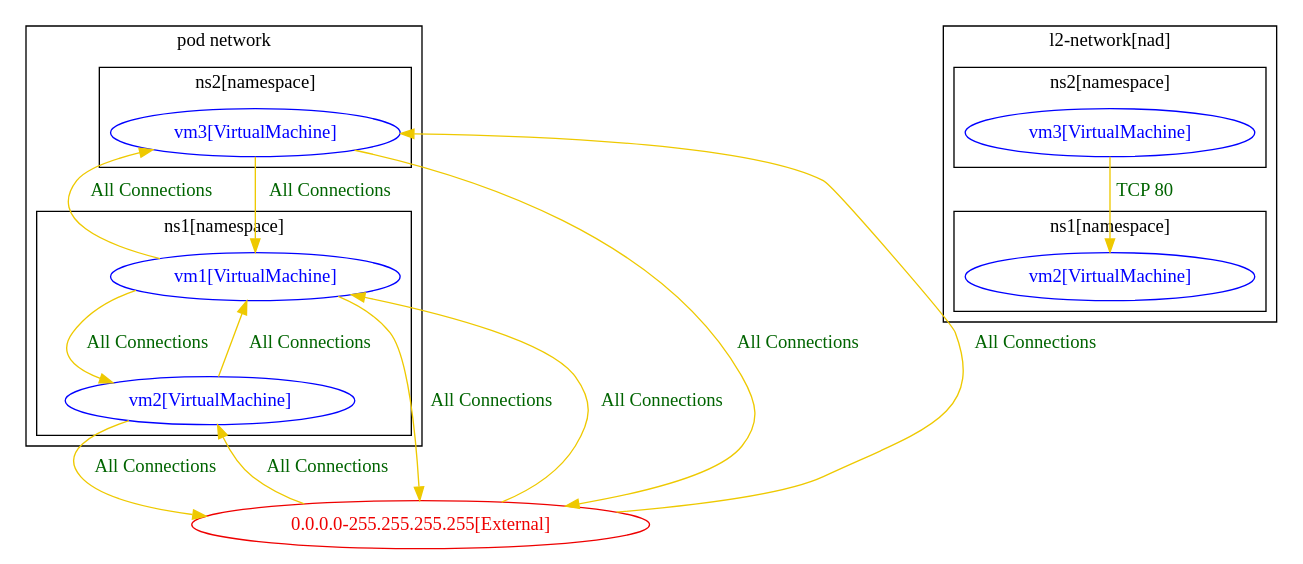
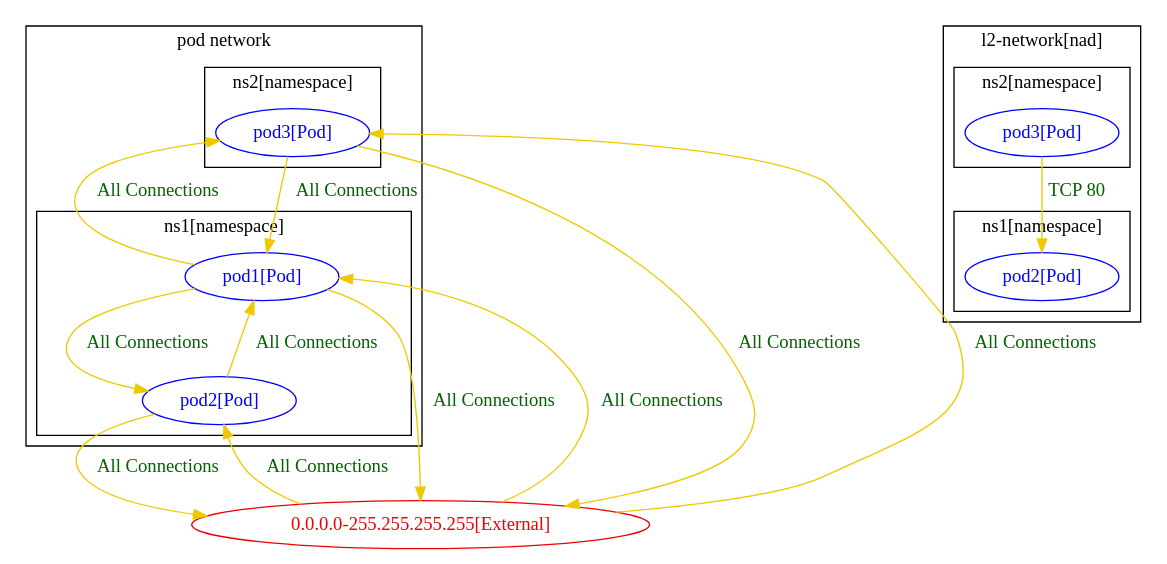
The diagram in test_outputs/connlist/nad_test_3_connlist_output.dot (np-guard/netpol-analyzer), drawn with Graphviz before and after one commit. The commit also changed 69 other files, not shown here.

Commit message:
replacing vm with pod in multi-np tests with label selectors + some new tests

```diff
--- a/test_outputs/connlist/nad_test_3_connlist_output.dot
+++ b/test_outputs/connlist/nad_test_3_connlist_output.dot
@@ -1,45 +1,45 @@
 digraph {
 	subgraph "cluster_pod_network" {
 	label="pod network"
 	subgraph "cluster_ns1[namespace]" {
 		color="black"
 		fontcolor="black"
-		"ns1/vm1[VirtualMachine]" [label="vm1[VirtualMachine]" color="blue" fontcolor="blue"]
-		"ns1/vm2[VirtualMachine]" [label="vm2[VirtualMachine]" color="blue" fontcolor="blue"]
+		"ns1/pod1[Pod]" [label="pod1[Pod]" color="blue" fontcolor="blue"]
+		"ns1/pod2[Pod]" [label="pod2[Pod]" color="blue" fontcolor="blue"]
 		label="ns1[namespace]"
 	}
 	subgraph "cluster_ns2[namespace]" {
 		color="black"
 		fontcolor="black"
-		"ns2/vm3[VirtualMachine]" [label="vm3[VirtualMachine]" color="blue" fontcolor="blue"]
+		"ns2/pod3[Pod]" [label="pod3[Pod]" color="blue" fontcolor="blue"]
 		label="ns2[namespace]"
 	}
 	}
 	subgraph "cluster_l2-network" {
 	label="l2-network[nad]"
 	subgraph "cluster_ns1[namespace]" {
 		color="black"
 		fontcolor="black"
-		"ns1/vm2[VirtualMachine]l2-network" [label="vm2[VirtualMachine]" color="blue" fontcolor="blue"]
+		"ns1/pod2[Pod]l2-network" [label="pod2[Pod]" color="blue" fontcolor="blue"]
 		label="ns1[namespace]"
 	}
 	subgraph "cluster_ns2[namespace]" {
 		color="black"
 		fontcolor="black"
-		"ns2/vm3[VirtualMachine]l2-network" [label="vm3[VirtualMachine]" color="blue" fontcolor="blue"]
+		"ns2/pod3[Pod]l2-network" [label="pod3[Pod]" color="blue" fontcolor="blue"]
 		label="ns2[namespace]"
 	}
 	}
 	"0.0.0.0-255.255.255.255[External]" [label="0.0.0.0-255.255.255.255[External]" color="red2" fontcolor="red2"]
-	"0.0.0.0-255.255.255.255[External]" -> "ns1/vm1[VirtualMachine]" [label="All Connections" color="gold2" fontcolor="darkgreen" weight=0.5]
-	"0.0.0.0-255.255.255.255[External]" -> "ns1/vm2[VirtualMachine]" [label="All Connections" color="gold2" fontcolor="darkgreen" weight=0.5]
-	"0.0.0.0-255.255.255.255[External]" -> "ns2/vm3[VirtualMachine]" [label="All Connections" color="gold2" fontcolor="darkgreen" weight=0.5]
-	"ns1/vm1[VirtualMachine]" -> "0.0.0.0-255.255.255.255[External]" [label="All Connections" color="gold2" fontcolor="darkgreen" weight=1]
-	"ns1/vm1[VirtualMachine]" -> "ns1/vm2[VirtualMachine]" [label="All Connections" color="gold2" fontcolor="darkgreen" weight=0.5]
-	"ns1/vm1[VirtualMachine]" -> "ns2/vm3[VirtualMachine]" [label="All Connections" color="gold2" fontcolor="darkgreen" weight=0.5]
-	"ns1/vm2[VirtualMachine]" -> "0.0.0.0-255.255.255.255[External]" [label="All Connections" color="gold2" fontcolor="darkgreen" weight=1]
-	"ns1/vm2[VirtualMachine]" -> "ns1/vm1[VirtualMachine]" [label="All Connections" color="gold2" fontcolor="darkgreen" weight=1]
-	"ns2/vm3[VirtualMachine]" -> "0.0.0.0-255.255.255.255[External]" [label="All Connections" color="gold2" fontcolor="darkgreen" weight=1]
-	"ns2/vm3[VirtualMachine]" -> "ns1/vm1[VirtualMachine]" [label="All Connections" color="gold2" fontcolor="darkgreen" weight=1]
-	"ns2/vm3[VirtualMachine]l2-network" -> "ns1/vm2[VirtualMachine]l2-network" [label="TCP 80" color="gold2" fontcolor="darkgreen" weight=1]
+	"0.0.0.0-255.255.255.255[External]" -> "ns1/pod1[Pod]" [label="All Connections" color="gold2" fontcolor="darkgreen" weight=0.5]
+	"0.0.0.0-255.255.255.255[External]" -> "ns1/pod2[Pod]" [label="All Connections" color="gold2" fontcolor="darkgreen" weight=0.5]
+	"0.0.0.0-255.255.255.255[External]" -> "ns2/pod3[Pod]" [label="All Connections" color="gold2" fontcolor="darkgreen" weight=0.5]
+	"ns1/pod1[Pod]" -> "0.0.0.0-255.255.255.255[External]" [label="All Connections" color="gold2" fontcolor="darkgreen" weight=1]
+	"ns1/pod1[Pod]" -> "ns1/pod2[Pod]" [label="All Connections" color="gold2" fontcolor="darkgreen" weight=0.5]
+	"ns1/pod1[Pod]" -> "ns2/pod3[Pod]" [label="All Connections" color="gold2" fontcolor="darkgreen" weight=0.5]
+	"ns1/pod2[Pod]" -> "0.0.0.0-255.255.255.255[External]" [label="All Connections" color="gold2" fontcolor="darkgreen" weight=1]
+	"ns1/pod2[Pod]" -> "ns1/pod1[Pod]" [label="All Connections" color="gold2" fontcolor="darkgreen" weight=1]
+	"ns2/pod3[Pod]" -> "0.0.0.0-255.255.255.255[External]" [label="All Connections" color="gold2" fontcolor="darkgreen" weight=1]
+	"ns2/pod3[Pod]" -> "ns1/pod1[Pod]" [label="All Connections" color="gold2" fontcolor="darkgreen" weight=1]
+	"ns2/pod3[Pod]l2-network" -> "ns1/pod2[Pod]l2-network" [label="TCP 80" color="gold2" fontcolor="darkgreen" weight=1]
 }
```
